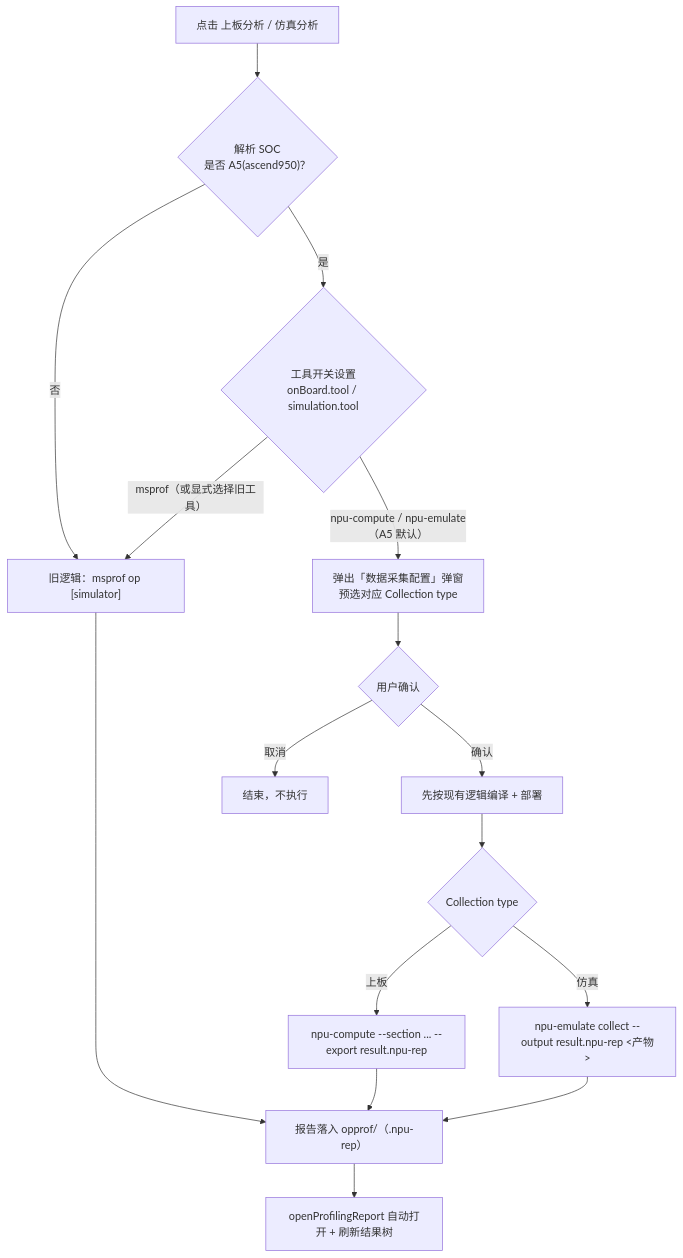
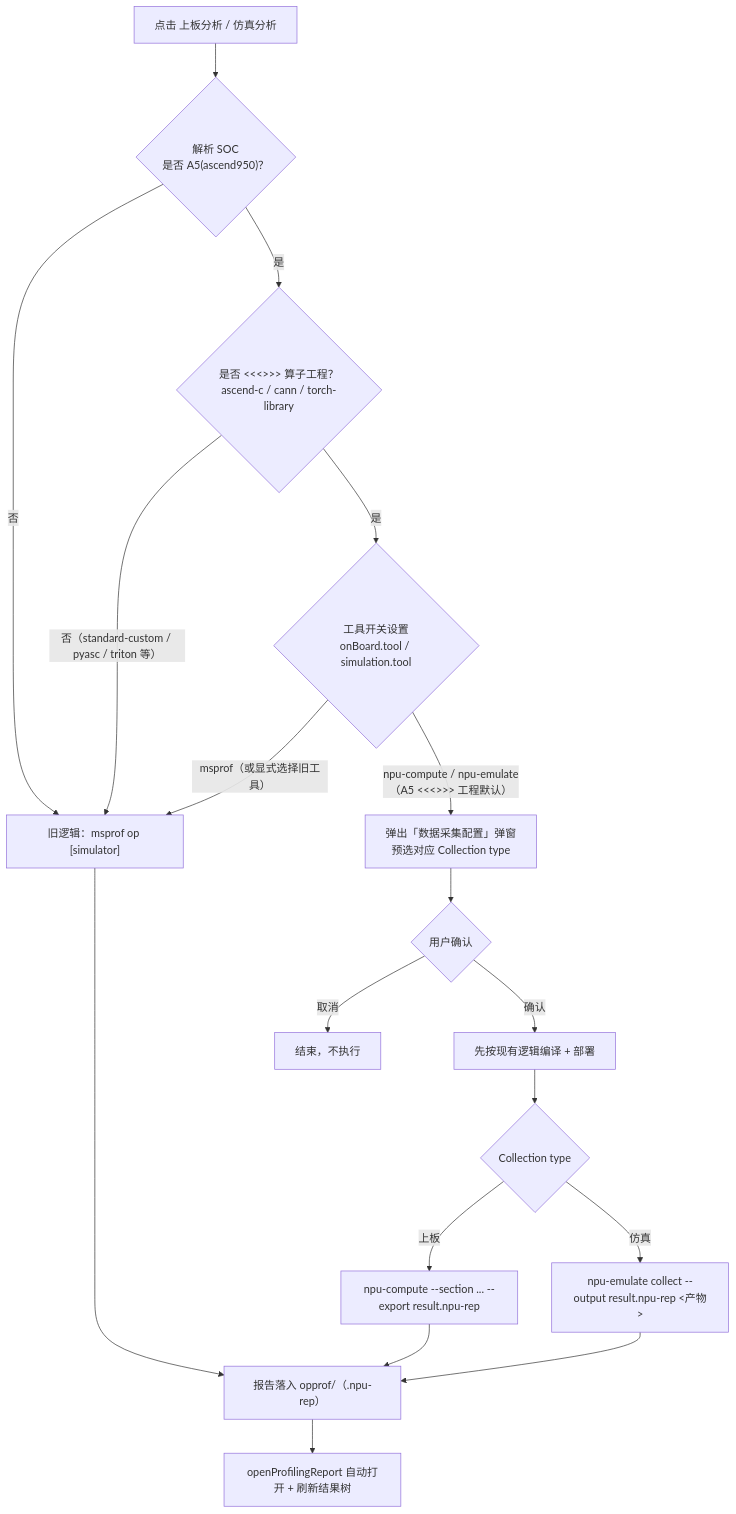
Before and after one commit to IdeFrontend/opdev_plugin: the fourth of 4 diagrams in docs/上板仿真交互说明.md, drawn with Mermaid. The commit also changed other lines of this file and 13 other files, not shown here.

Commit message:
feat: npu-compute/npu-emulate 仅在 ascend950 环境的<<<>>>算子工程中启用，其余回退 msprof 流程

````diff
--- a/docs/上板仿真交互说明.md
+++ b/docs/上板仿真交互说明.md
@@ -199,18 +199,20 @@
 ```mermaid
 flowchart TD
   Click["点击 上板分析 / 仿真分析"] --> IsA5{"解析 SOC<br/>是否 A5(ascend950)？"}
   IsA5 -->|否| Old["旧逻辑：msprof op [simulator]"]
-  IsA5 -->|是| ToolCfg{"工具开关设置<br/>onBoard.tool / simulation.tool"}
+  IsA5 -->|是| IsAngle{"是否 <<<>>> 算子工程？<br/>ascend-c / cann / torch-library"}
+  IsAngle -->|否（standard-custom / pyasc / triton 等）| Old
+  IsAngle -->|是| ToolCfg{"工具开关设置<br/>onBoard.tool / simulation.tool"}
   ToolCfg -->|msprof（或显式选择旧工具）| Old
-  ToolCfg -->|npu-compute / npu-emulate（A5 默认）| Dialog["弹出「数据采集配置」弹窗<br/>预选对应 Collection type"]
+  ToolCfg -->|npu-compute / npu-emulate（A5 <<<>>> 工程默认）| Dialog["弹出「数据采集配置」弹窗<br/>预选对应 Collection type"]
   Dialog --> Confirm{"用户确认"}
   Confirm -->|取消| Stop["结束，不执行"]
   Confirm -->|确认| Compile["先按现有逻辑编译 + 部署"]
   Compile --> NewTool{"Collection type"}
   NewTool -->|上板| NC["npu-compute --section ... --export result.npu-rep"]
   NewTool -->|仿真| NS["npu-emulate collect --output result.npu-rep <产物>"]
   NC --> Report["报告落入 opprof/<runId>（.npu-rep）"]
   NS --> Report
   Old --> Report
   Report --> AutoOpen["openProfilingReport 自动打开 + 刷新结果树"]
 ```
````
